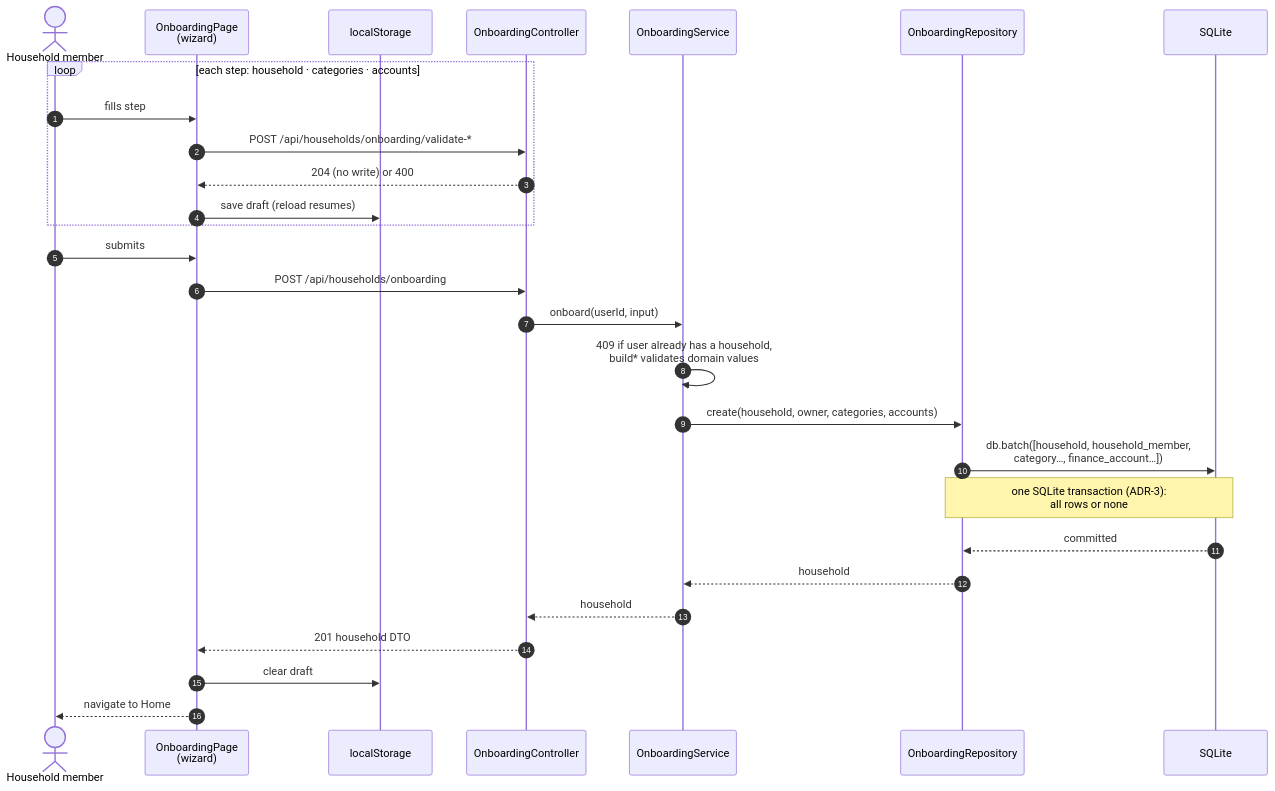
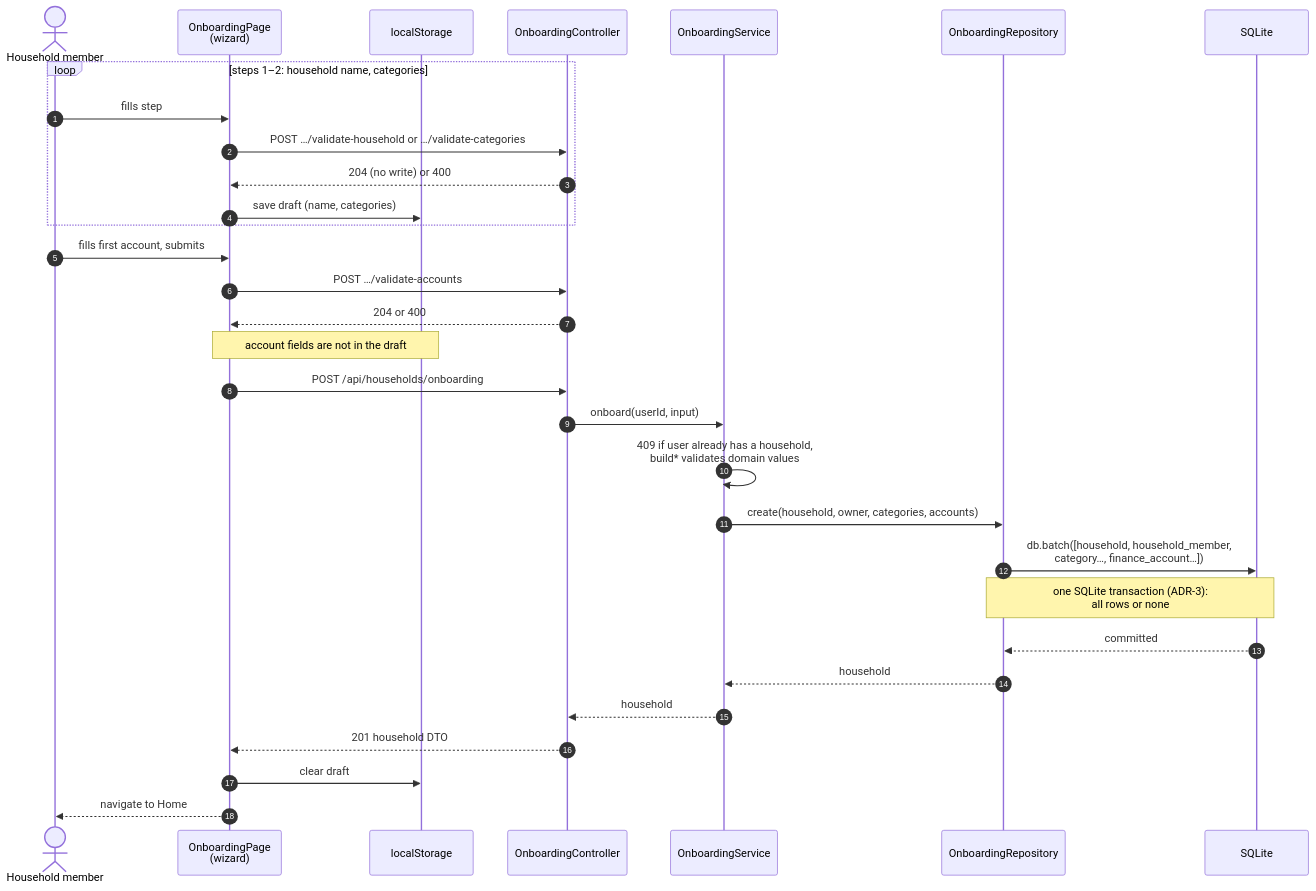
One commit to RomanL1/finance-dashboard changed the diagram in docs/arc42/diagrams/06_onboarding.mmd. Above: the diagram before and after it, drawn with Mermaid. The commit also changed 28 other files, not shown here.

```diff
--- a/docs/arc42/diagrams/06_onboarding.mmd
+++ b/docs/arc42/diagrams/06_onboarding.mmd
@@ -1,28 +1,31 @@
 sequenceDiagram
   autonumber
   actor U as Household member
   participant W as OnboardingPage<br/>(wizard)
   participant LS as localStorage
   participant C as OnboardingController
   participant SV as OnboardingService
   participant R as OnboardingRepository
   participant DB as SQLite
-  loop each step: household · categories · accounts
+  loop steps 1–2: household name, categories
     U->>W: fills step
-    W->>C: POST /api/households/onboarding/validate-*
+    W->>C: POST …/validate-household or …/validate-categories
     C-->>W: 204 (no write) or 400
-    W->>LS: save draft (reload resumes)
+    W->>LS: save draft (name, categories)
   end
-  U->>W: submits
+  U->>W: fills first account, submits
+  W->>C: POST …/validate-accounts
+  C-->>W: 204 or 400
+  Note over W,LS: account fields are not in the draft
   W->>C: POST /api/households/onboarding
   C->>SV: onboard(userId, input)
   SV->>SV: 409 if user already has a household,<br/>build* validates domain values
   SV->>R: create(household, owner, categories, accounts)
   R->>DB: db.batch([household, household_member,<br/>category…, finance_account…])
   Note over R,DB: one SQLite transaction (ADR-3):<br/>all rows or none
   DB-->>R: committed
   R-->>SV: household
   SV-->>C: household
   C-->>W: 201 household DTO
   W->>LS: clear draft
   W-->>U: navigate to Home
```
